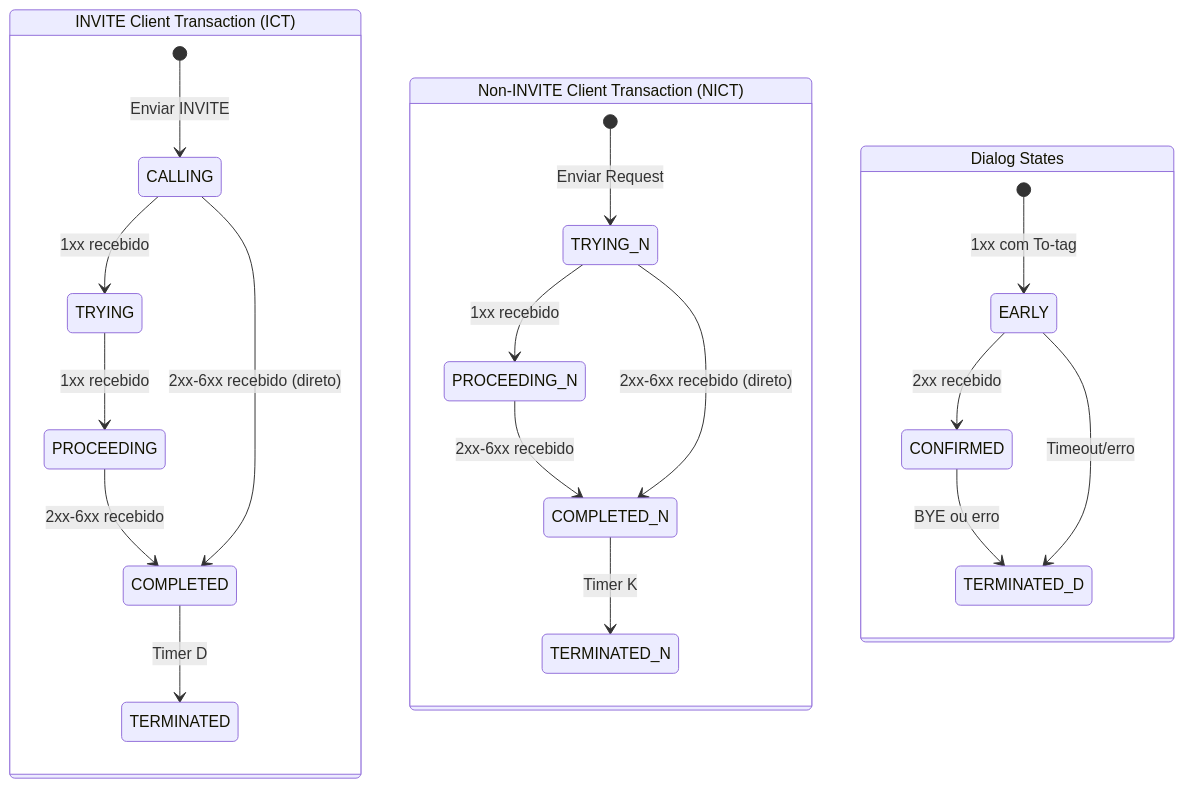
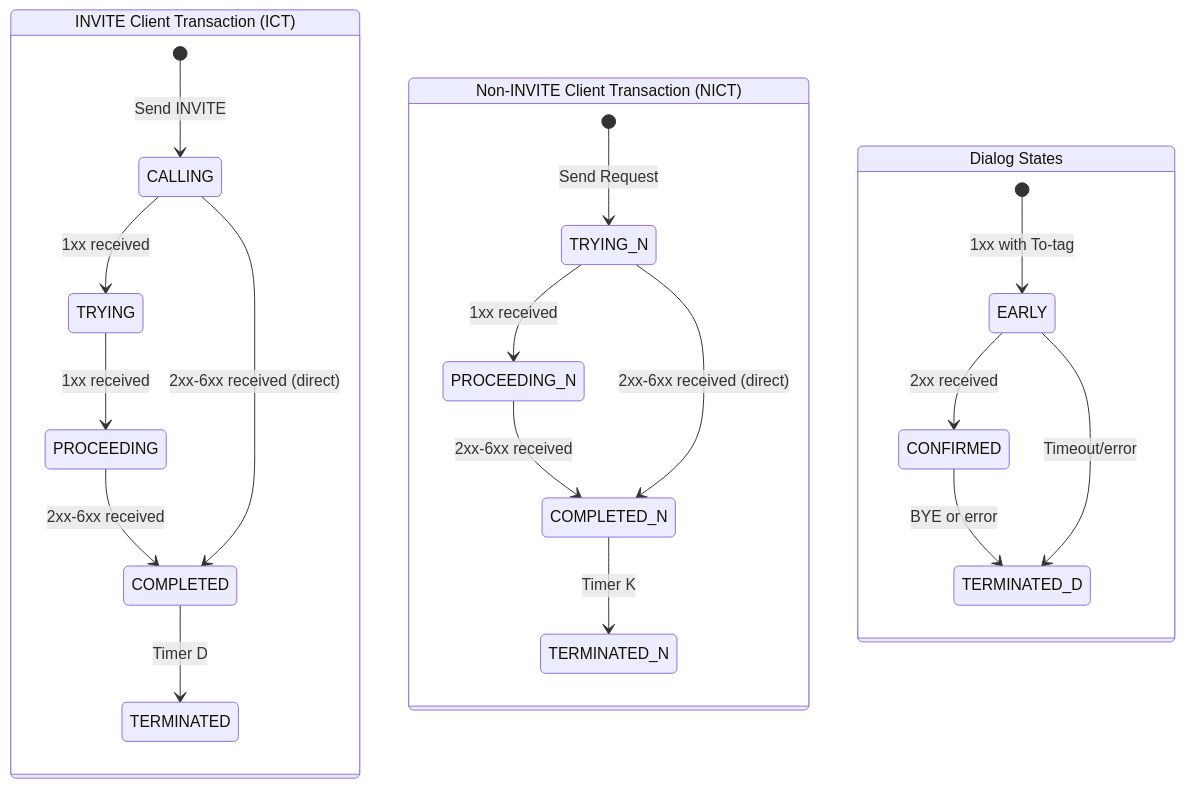
The sixth of 16 diagrams in docs/SDD.md (oornnery/sipx), drawn with Mermaid before and after one commit. The commit also changed other lines of this file and 3 other files, not shown here.

````diff
--- a/docs/SDD.md
+++ b/docs/SDD.md
@@ -441,26 +443,26 @@
 ```mermaid
 stateDiagram-v2
     state "INVITE Client Transaction (ICT)" as ICT {
-        [*] --> CALLING: Enviar INVITE
-        CALLING --> TRYING: 1xx recebido
-        TRYING --> PROCEEDING: 1xx recebido
-        PROCEEDING --> COMPLETED: 2xx-6xx recebido
+        [*] --> CALLING: Send INVITE
+        CALLING --> TRYING: 1xx received
+        TRYING --> PROCEEDING: 1xx received
+        PROCEEDING --> COMPLETED: 2xx-6xx received
         COMPLETED --> TERMINATED: Timer D
-        CALLING --> COMPLETED: 2xx-6xx recebido (direto)
+        CALLING --> COMPLETED: 2xx-6xx received (direct)
     }
 
     state "Non-INVITE Client Transaction (NICT)" as NICT {
-        [*] --> TRYING_N: Enviar Request
-        TRYING_N --> PROCEEDING_N: 1xx recebido
-        PROCEEDING_N --> COMPLETED_N: 2xx-6xx recebido
+        [*] --> TRYING_N: Send Request
+        TRYING_N --> PROCEEDING_N: 1xx received
+        PROCEEDING_N --> COMPLETED_N: 2xx-6xx received
         COMPLETED_N --> TERMINATED_N: Timer K
-        TRYING_N --> COMPLETED_N: 2xx-6xx recebido (direto)
+        TRYING_N --> COMPLETED_N: 2xx-6xx received (direct)
     }
 
     state "Dialog States" as DLG {
-        [*] --> EARLY: 1xx com To-tag
-        EARLY --> CONFIRMED: 2xx recebido
-        CONFIRMED --> TERMINATED_D: BYE ou erro
-        EARLY --> TERMINATED_D: Timeout/erro
+        [*] --> EARLY: 1xx with To-tag
+        EARLY --> CONFIRMED: 2xx received
+        CONFIRMED --> TERMINATED_D: BYE or error
+        EARLY --> TERMINATED_D: Timeout/error
     }
 ```
````
